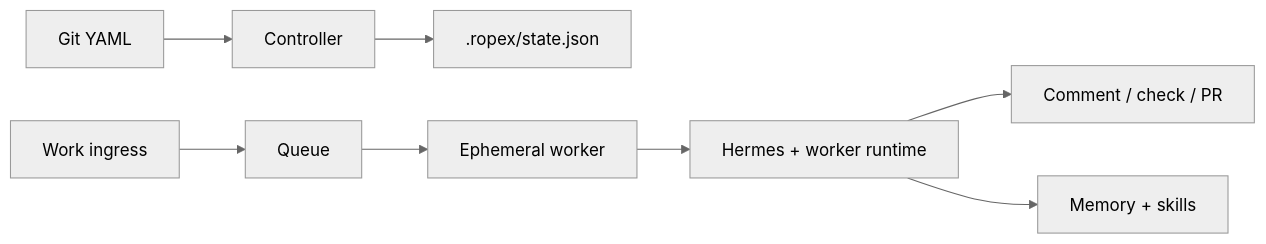
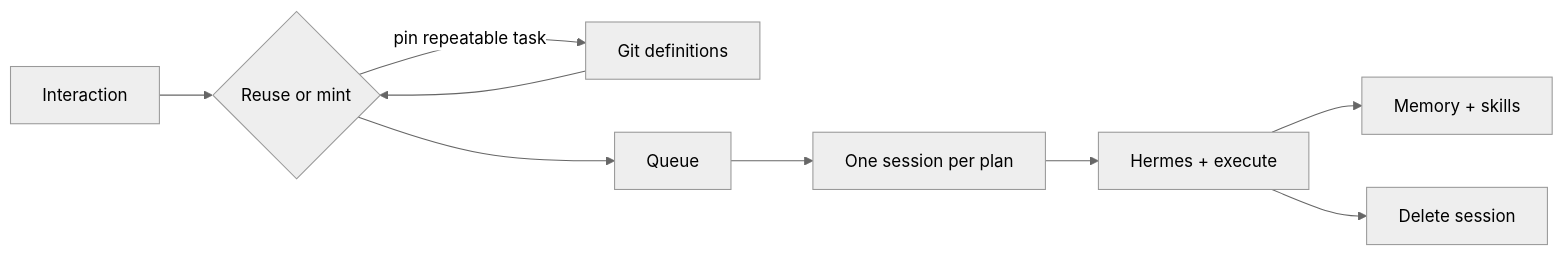
Before and after one commit to amirsdream/ropex: the first of 10 diagrams in docs/system-architecture.md, drawn with Mermaid (neutral theme). The commit also changed other lines of this file and 26 other files, not shown here.

First line of the commit message:
feat(fleet): reuse or mint a fleet for each interaction

````diff
--- a/docs/system-architecture.md
+++ b/docs/system-architecture.md
@@ -20,10 +23,11 @@
 ```mermaid
 flowchart LR
-  GIT["Git YAML"] --> CTRL["Controller"]
-  CTRL --> STATE[".ropex/state.json"]
-  INGRESS["Work ingress"] --> QUEUE["Queue"]
-  QUEUE --> WORKER["Ephemeral worker"]
-  WORKER --> WF["Hermes + worker runtime"]
-  WF --> DELIVER["Comment / check / PR"]
+  IN["Interaction"] --> BIND{"Reuse or mint"}
+  GIT["Git definitions"] --> BIND
+  BIND --> QUEUE["Queue"]
+  QUEUE --> SESSION["One session per plan"]
+  SESSION --> WF["Hermes + execute"]
   WF --> LEARN["Memory + skills"]
+  WF --> DIE["Delete session"]
+  BIND -->|pin repeatable task| GIT
 ```
````
